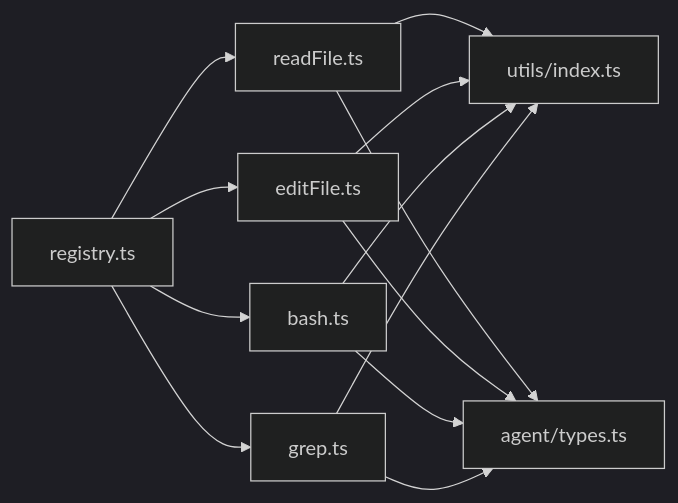
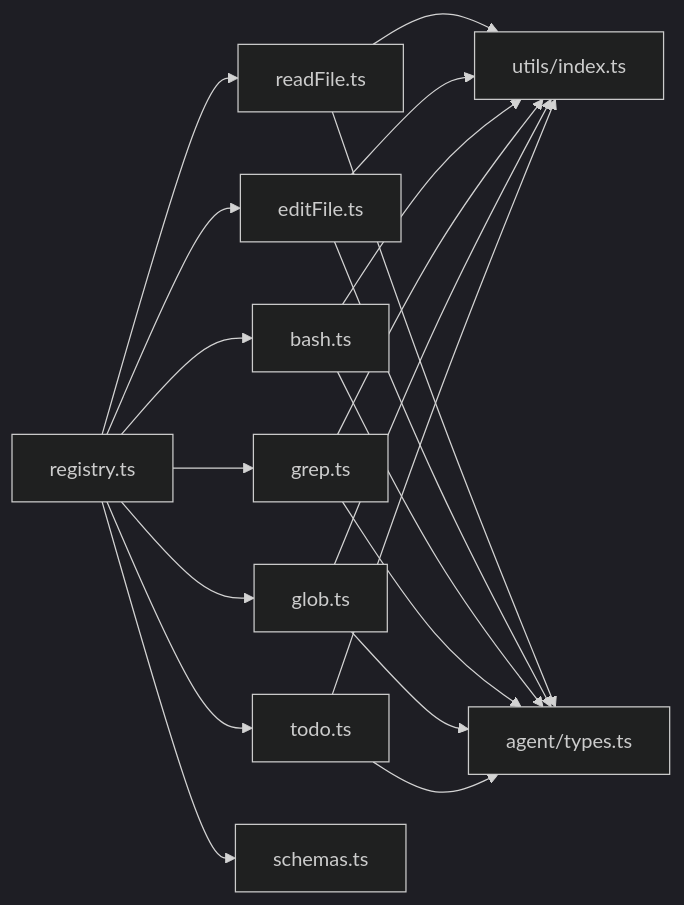
The ninth of 9 diagrams in .qoder/repowiki/zh/content/架构设计/工具系统架构/工具模式验证.md (matter000/Nexus), drawn with Mermaid (dark theme) before and after one commit. The commit also changed other lines of this file and 64 other files, not shown here.

````diff
--- a/.qoder/repowiki/zh/content/架构设计/工具系统架构/工具模式验证.md
+++ b/.qoder/repowiki/zh/content/架构设计/工具系统架构/工具模式验证.md
@@ -363,15 +395,22 @@
 ```mermaid
 graph LR
 REG["registry.ts"] --> RF["readFile.ts"]
 REG --> EF["editFile.ts"]
 REG --> BS["bash.ts"]
 REG --> GR["grep.ts"]
+REG --> GL["glob.ts"]
+REG --> TD["todo.ts"]
+REG --> SC["schemas.ts"]
 RF --> UT["utils/index.ts"]
 EF --> UT
 BS --> UT
 GR --> UT
+GL --> UT
+TD --> UT
 RF --> TY["agent/types.ts"]
 EF --> TY
 BS --> TY
 GR --> TY
+GL --> TY
+TD --> TY
 ```
````
